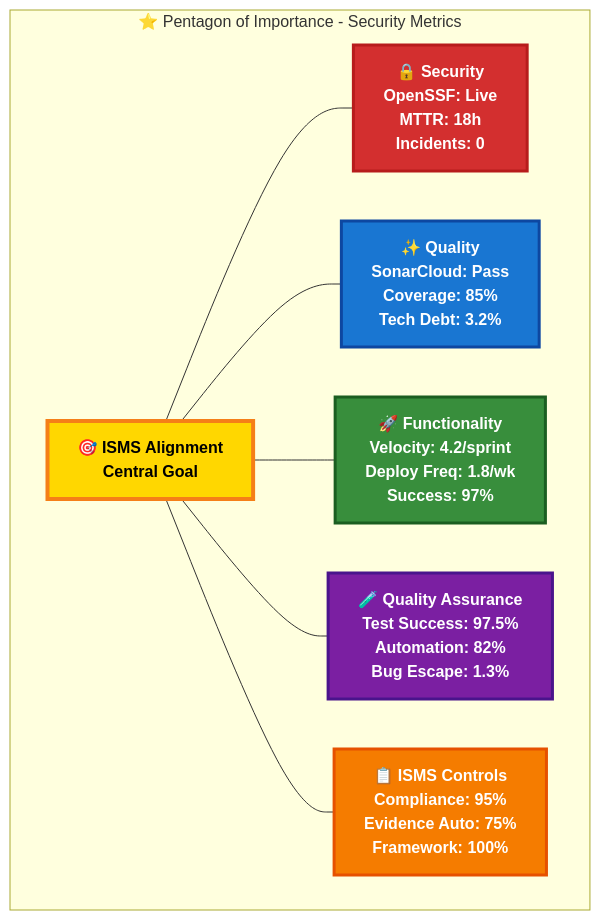
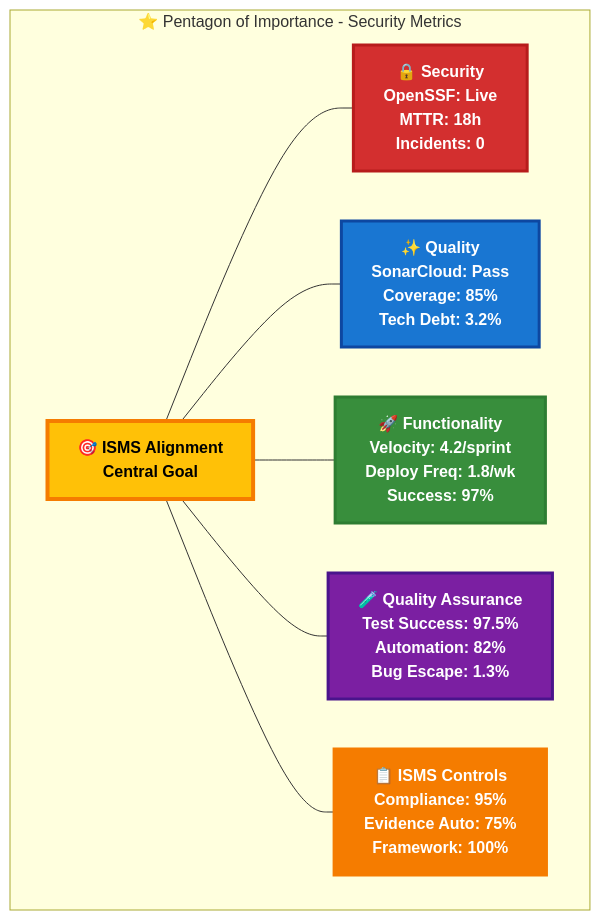
The second of 5 diagrams in Security_Metrics.md (Hack23/ISMS-PUBLIC), drawn with Mermaid before and after one commit. The commit also changed other lines of this file and 18 other files, not shown here.

Commit message:
fix broken mermaid

````diff
--- a/Security_Metrics.md
+++ b/Security_Metrics.md
@@ -398,32 +398,32 @@
 ```mermaid
 graph TB
     subgraph "⭐ Pentagon of Importance - Security Metrics"
         CENTER[🎯 ISMS Alignment<br/>Central Goal]
         
         SEC[🔒 Security<br/>OpenSSF: Live<br/>MTTR: 18h<br/>Incidents: 0]
         QUAL[✨ Quality<br/>SonarCloud: Pass<br/>Coverage: 85%<br/>Tech Debt: 3.2%]
         FUNC[🚀 Functionality<br/>Velocity: 4.2/sprint<br/>Deploy Freq: 1.8/wk<br/>Success: 97%]
         QA[🧪 Quality Assurance<br/>Test Success: 97.5%<br/>Automation: 82%<br/>Bug Escape: 1.3%]
         ISMS_DIM[📋 ISMS Controls<br/>Compliance: 95%<br/>Evidence Auto: 75%<br/>Framework: 100%]
         
         CENTER --- SEC
         CENTER --- QUAL
         CENTER --- FUNC
         CENTER --- QA
         CENTER --- ISMS_DIM
     end
     
-    classDef center fill:#FFD700,stroke:#F57F17,stroke-width:4px,color:#000,font-weight:bold
+    classDef center fill:#FFC107,stroke:#F57C00,stroke-width:4px,color:#000,font-weight:bold
     classDef security fill:#D32F2F,stroke:#B71C1C,stroke-width:3px,color:#fff,font-weight:bold
     classDef quality fill:#1976D2,stroke:#0D47A1,stroke-width:3px,color:#fff,font-weight:bold
-    classDef functionality fill:#388E3C,stroke:#1B5E20,stroke-width:3px,color:#fff,font-weight:bold
+    classDef functionality fill:#388E3C,stroke:#2E7D32,stroke-width:3px,color:#fff,font-weight:bold
     classDef qa fill:#7B1FA2,stroke:#4A148C,stroke-width:3px,color:#fff,font-weight:bold
-    classDef isms fill:#F57C00,stroke:#E65100,stroke-width:3px,color:#fff,font-weight:bold
+    classDef isms fill:#F57C00,stroke:#F57C00,stroke-width:3px,color:#fff,font-weight:bold
     
     class CENTER center
     class SEC security
     class QUAL quality
     class FUNC functionality
     class QA qa
     class ISMS_DIM isms
 ```
````
